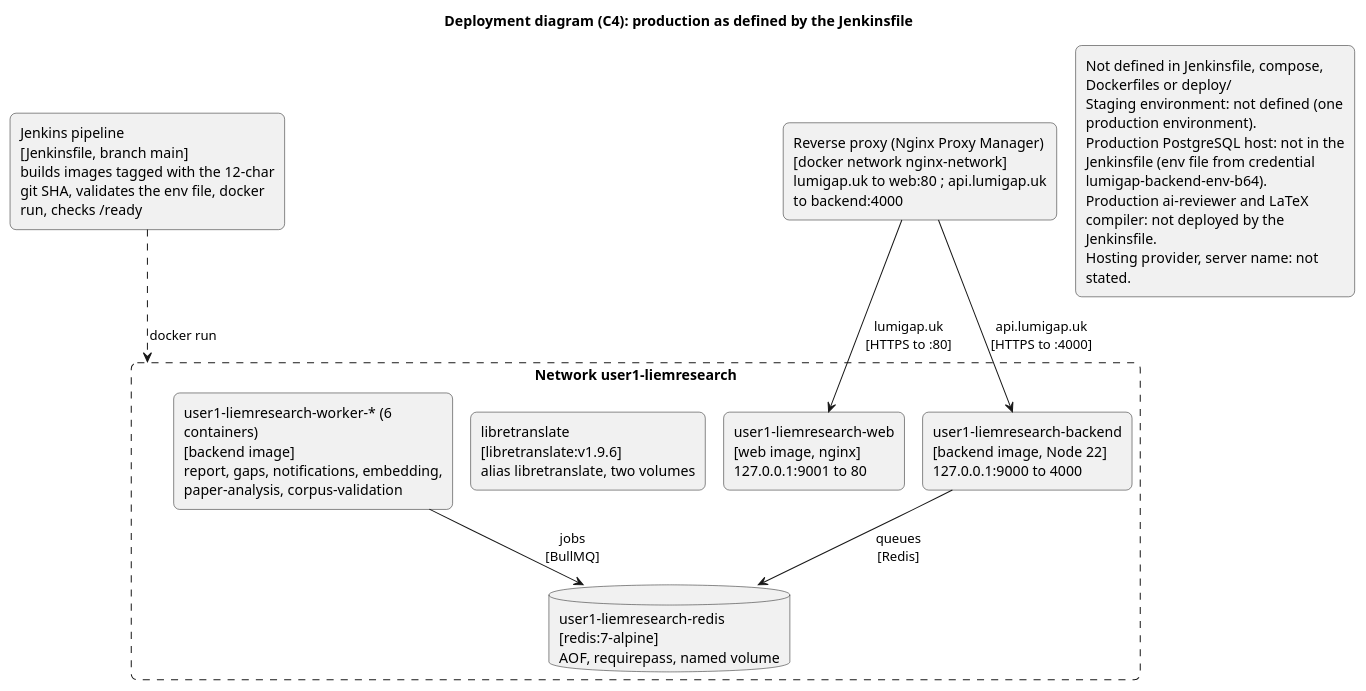
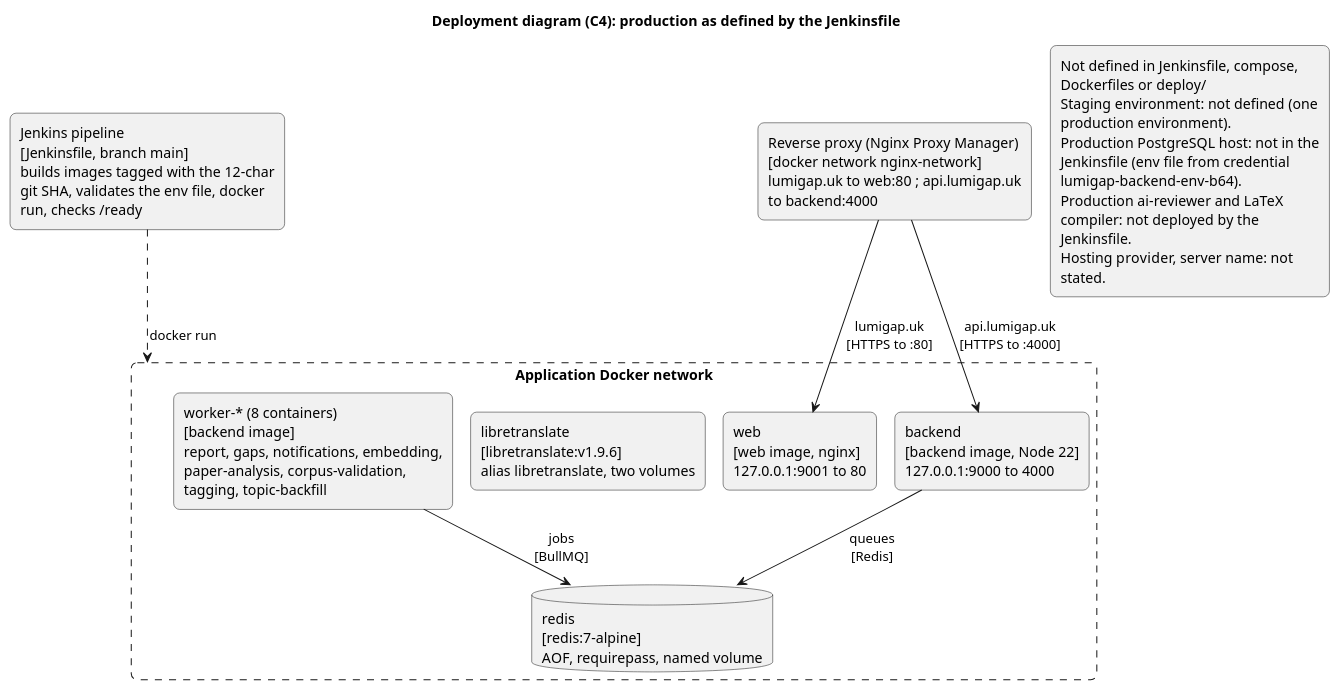
Before and after one commit to Khoa-Hoa-Technology-Solution-Company/lumi-gap: the diagram in docs/diagrams/report4/R4_C4_Deployment_Production.puml, drawn with PlantUML. The commit also changed 48 other files, not shown here.

First line of the commit message:
docs: update diagrams to main 38bd889

```diff
--- a/docs/diagrams/report4/R4_C4_Deployment_Production.puml
+++ b/docs/diagrams/report4/R4_C4_Deployment_Production.puml
@@ -1,25 +1,25 @@
 @startuml R4_C4_Deployment_Production
 !pragma layout smetana
 skinparam shadowing false
 skinparam defaultFontName Arial
 skinparam wrapWidth 260
 skinparam rectangle {
   roundCorner 12
 }
 title Deployment diagram (C4): production as defined by the Jenkinsfile
 rectangle "Jenkins pipeline\n[Jenkinsfile, branch main]\nbuilds images tagged with the 12-char git SHA, validates the env file, docker run, checks /ready" as N0
 rectangle "Reverse proxy (Nginx Proxy Manager)\n[docker network nginx-network]\nlumigap.uk to web:80 ; api.lumigap.uk to backend:4000" as N1
-rectangle "Network user1-liemresearch" as N2 #line.dashed {
-  rectangle "user1-liemresearch-web\n[web image, nginx]\n127.0.0.1:9001 to 80" as N3
-  rectangle "user1-liemresearch-backend\n[backend image, Node 22]\n127.0.0.1:9000 to 4000" as N4
-  database "user1-liemresearch-redis\n[redis:7-alpine]\nAOF, requirepass, named volume" as N5
+rectangle "Application Docker network" as N2 #line.dashed {
+  rectangle "web\n[web image, nginx]\n127.0.0.1:9001 to 80" as N3
+  rectangle "backend\n[backend image, Node 22]\n127.0.0.1:9000 to 4000" as N4
+  database "redis\n[redis:7-alpine]\nAOF, requirepass, named volume" as N5
   rectangle "libretranslate\n[libretranslate:v1.9.6]\nalias libretranslate, two volumes" as N6
-  rectangle "user1-liemresearch-worker-* (6 containers)\n[backend image]\nreport, gaps, notifications, embedding, paper-analysis, corpus-validation" as N7
+  rectangle "worker-* (8 containers)\n[backend image]\nreport, gaps, notifications, embedding, paper-analysis, corpus-validation, tagging, topic-backfill" as N7
 }
 rectangle "Not defined in Jenkinsfile, compose, Dockerfiles or deploy/\nStaging environment: not defined (one production environment).\nProduction PostgreSQL host: not in the Jenkinsfile (env file from credential lumigap-backend-env-b64).\nProduction ai-reviewer and LaTeX compiler: not deployed by the Jenkinsfile.\nHosting provider, server name: not stated." as N8
 N0 ..> N2 : "docker run"
 N1 --> N3 : "lumigap.uk\n[HTTPS to :80]"
 N1 --> N4 : "api.lumigap.uk\n[HTTPS to :4000]"
 N4 --> N5 : "queues\n[Redis]"
 N7 --> N5 : "jobs\n[BullMQ]"
 @enduml
```
